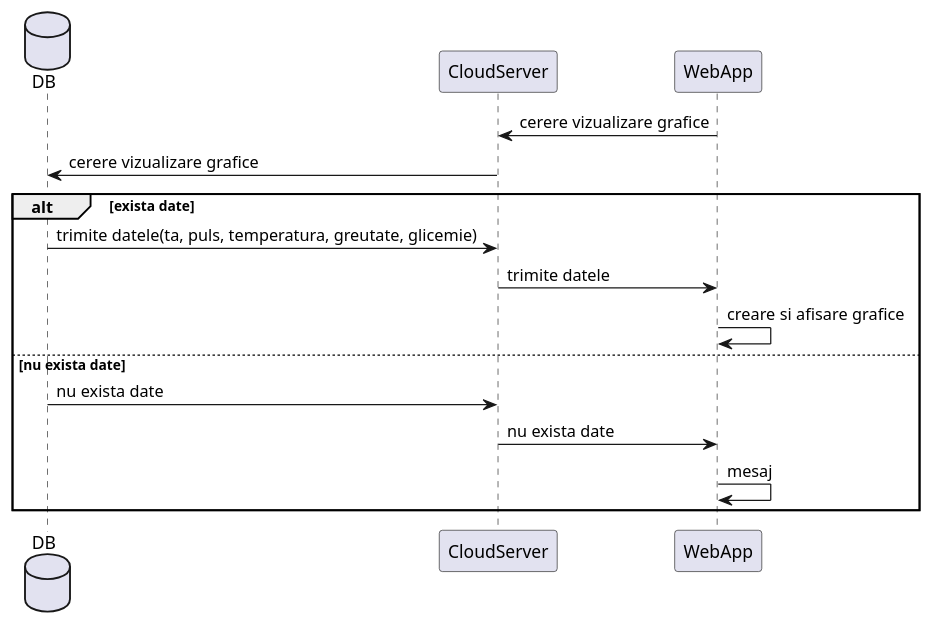
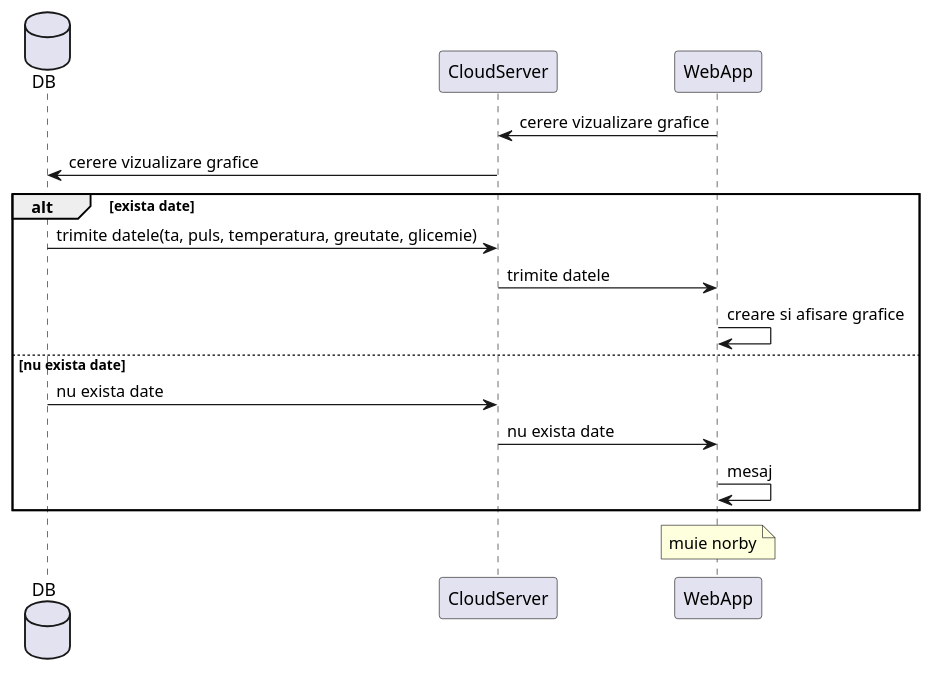
Before and after one commit to BVasi/ProiectIP: the diagram in Sequence_DG/WebApp/vizualizare_date_pacinet.plantuml, drawn with PlantUML. The commit also changed 1 other file, not shown here.

```diff
--- a/Sequence_DG/WebApp/vizualizare_date_pacinet.plantuml
+++ b/Sequence_DG/WebApp/vizualizare_date_pacinet.plantuml
@@ -1,19 +1,21 @@
 @startuml vizualizare_date_pacient
 
 database DB
 participant CloudServer
 participant WebApp
 
 WebApp -> CloudServer: cerere vizualizare grafice
 CloudServer -> DB: cerere vizualizare grafice
 alt exista date
     DB -> CloudServer: trimite datele(ta, puls, temperatura, greutate, glicemie)
     CloudServer -> WebApp: trimite datele
     WebApp -> WebApp: creare si afisare grafice
 else nu exista date
     DB -> CloudServer: nu exista date
     CloudServer -> WebApp: nu exista date
     WebApp -> WebApp: mesaj
 end
-
+note over WebApp
+    muie norby
+end note
 @enduml
```
